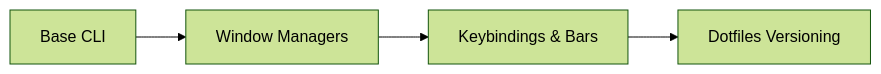
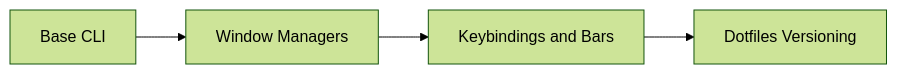
One commit to Harshajaya13/Foss-Club changed the third of 7 diagrams in 02 - Building Your Foundation/01 - The Roadmap.md. Above: the diagram before and after it, drawn with Mermaid (forest theme). The commit also changed other lines of this file and 3 other files, not shown here.

Commit message:
fix raw ampersands in Mermaid and link contributing guide prominently in README

````diff
--- a/02 - Building Your Foundation/01 - The Roadmap.md
+++ b/02 - Building Your Foundation/01 - The Roadmap.md
@@ -92,6 +92,6 @@
 ```mermaid
 graph LR
     Base["Base CLI"] --> WM["Window Managers"]
-    WM --> Hotkeys["Keybindings & Bars"]
+    WM --> Hotkeys["Keybindings and Bars"]
     Hotkeys --> Dotfiles["Dotfiles Versioning"]
 ```
````
